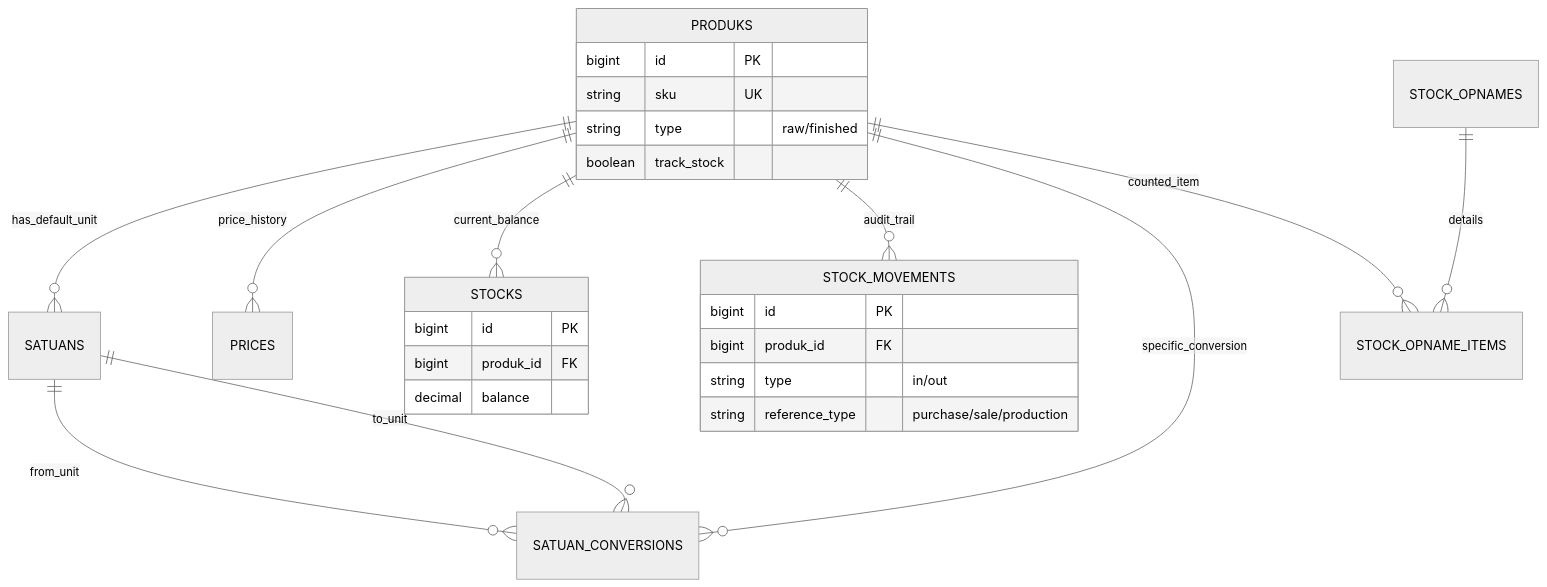
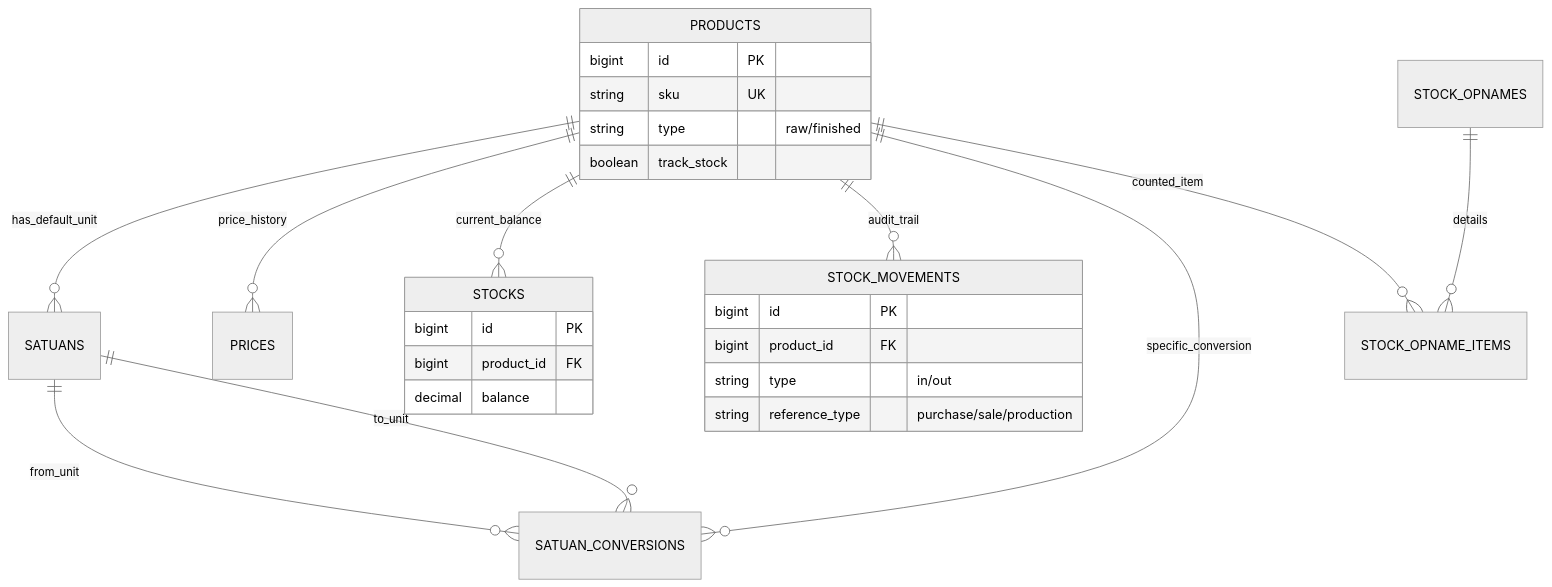
Before and after one commit to ubaidillahfaris/erp: the diagram in database/erd/02_Master_Inventory_Flow.md, drawn with Mermaid (neutral theme). The commit also changed 298 other files, not shown here.

Commit message:
refactor: replace legacy product and unit conversion modules with modernized unit management and tracking systems

````diff
--- a/database/erd/02_Master_Inventory_Flow.md
+++ b/database/erd/02_Master_Inventory_Flow.md
@@ -5,31 +5,31 @@
 ```mermaid
 erDiagram
-    PRODUKS ||--o{ SATUANS : "has_default_unit"
-    PRODUKS ||--o{ PRICES : "price_history"
-    PRODUKS ||--o{ STOCKS : "current_balance"
-    PRODUKS ||--o{ STOCK_MOVEMENTS : "audit_trail"
+    PRODUCTS ||--o{ SATUANS : "has_default_unit"
+    PRODUCTS ||--o{ PRICES : "price_history"
+    PRODUCTS ||--o{ STOCKS : "current_balance"
+    PRODUCTS ||--o{ STOCK_MOVEMENTS : "audit_trail"
     SATUANS ||--o{ SATUAN_CONVERSIONS : "from_unit"
     SATUANS ||--o{ SATUAN_CONVERSIONS : "to_unit"
-    PRODUKS ||--o{ SATUAN_CONVERSIONS : "specific_conversion"
+    PRODUCTS ||--o{ SATUAN_CONVERSIONS : "specific_conversion"
     
     STOCK_OPNAMES ||--o{ STOCK_OPNAME_ITEMS : "details"
-    PRODUKS ||--o{ STOCK_OPNAME_ITEMS : "counted_item"
+    PRODUCTS ||--o{ STOCK_OPNAME_ITEMS : "counted_item"
 
-    PRODUKS {
+    PRODUCTS {
         bigint id PK
         string sku UK
         string type "raw/finished"
         boolean track_stock
     }
     STOCKS {
         bigint id PK
-        bigint produk_id FK
+        bigint product_id FK
         decimal balance
     }
     STOCK_MOVEMENTS {
         bigint id PK
-        bigint produk_id FK
+        bigint product_id FK
         string type "in/out"
         string reference_type "purchase/sale/production"
     }
 ```
````
